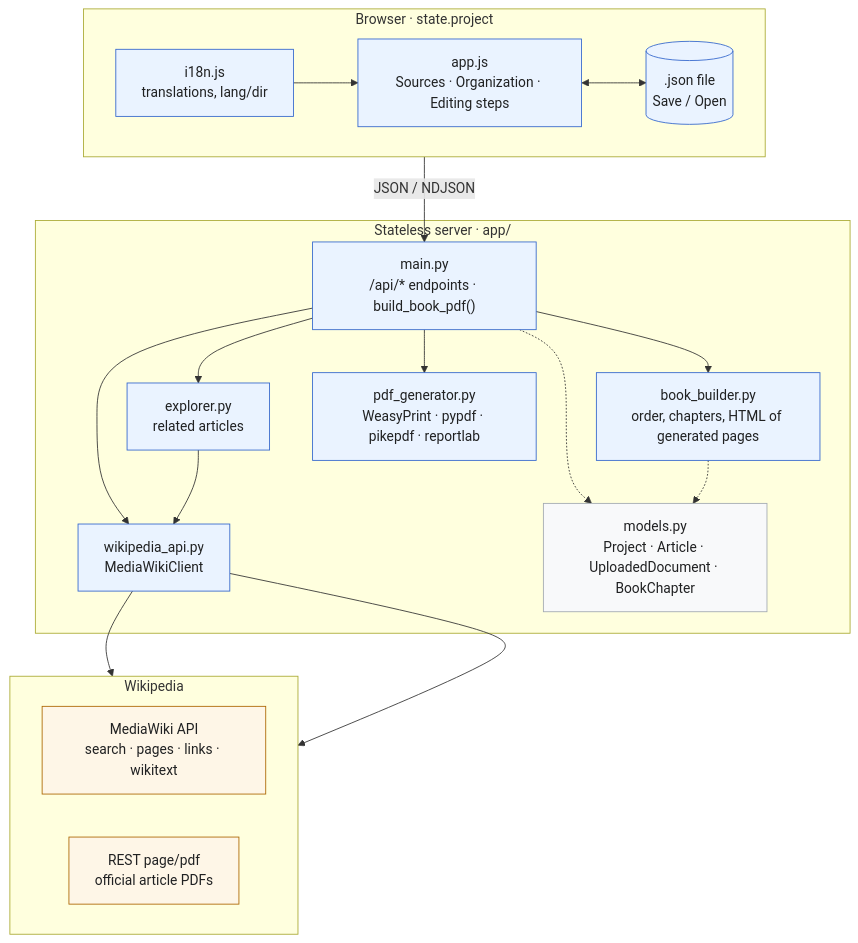
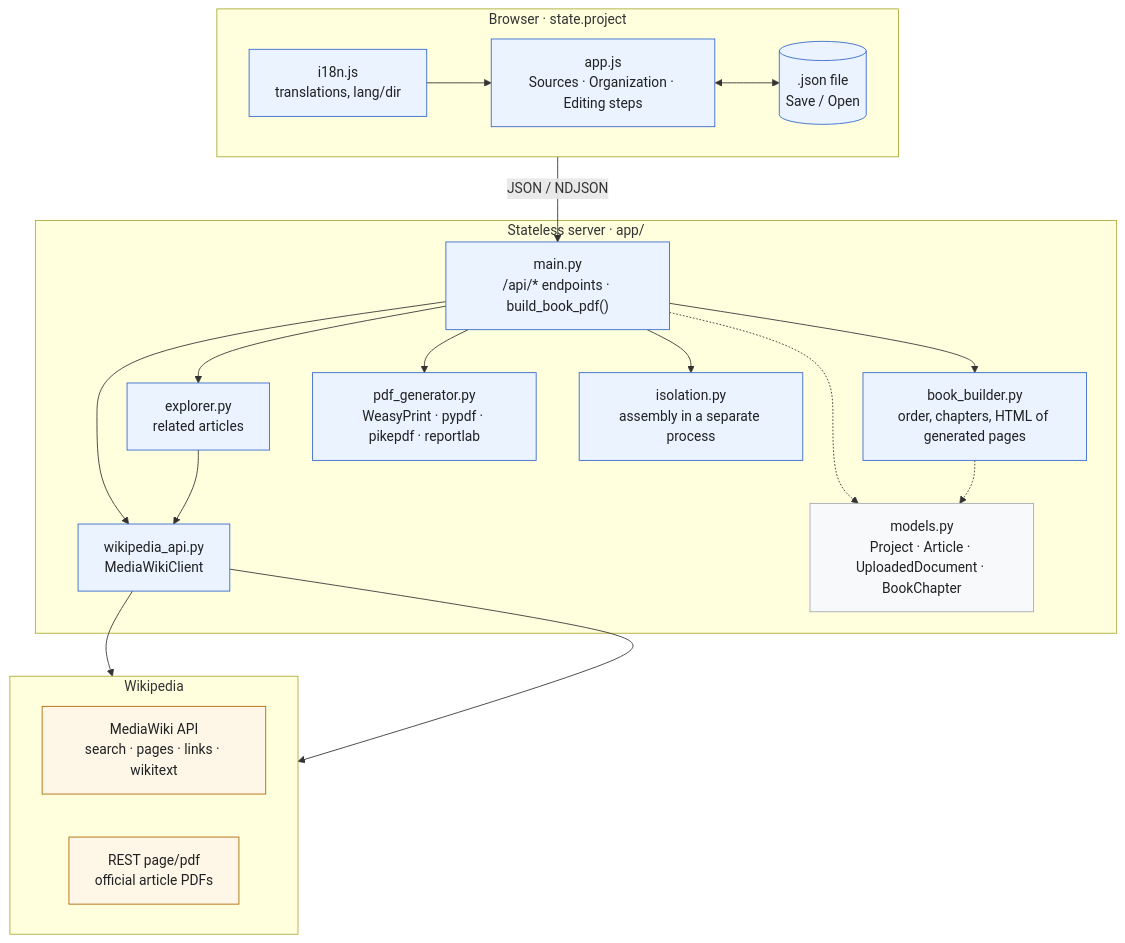
One commit to gmoulard/wikipedia2book changed the first of 2 diagrams in docs/SPECIFICATIONS.en.md. Above: the diagram before and after it, drawn with Mermaid. The commit also changed other lines of this file and 10 other files, not shown here.

````diff
--- a/docs/SPECIFICATIONS.en.md
+++ b/docs/SPECIFICATIONS.en.md
@@ -904,44 +906,46 @@
 ```mermaid
 flowchart TB
     subgraph Browser["Browser · state.project"]
         direction LR
         I18N["i18n.js<br/>translations, lang/dir"]
         APP["app.js<br/>Sources · Organization · Editing steps"]
         FILE[(".json file<br/>Save / Open")]
         I18N --> APP
         APP <--> FILE
     end
 
     subgraph Server["Stateless server · app/"]
         MAIN["main.py<br/>/api/* endpoints · build_book_pdf()"]
         EXPL["explorer.py<br/>related articles"]
         BB["book_builder.py<br/>order, chapters, HTML of generated pages"]
         PDFG["pdf_generator.py<br/>WeasyPrint · pypdf · pikepdf · reportlab"]
         WAPI["wikipedia_api.py<br/>MediaWikiClient"]
         MODELS["models.py<br/>Project · Article · UploadedDocument · BookChapter"]
         MAIN --> EXPL
         MAIN --> BB
+        ISO["isolation.py<br/>assembly in a separate process"]
+        MAIN --> ISO
         MAIN --> PDFG
         MAIN --> WAPI
         EXPL --> WAPI
     end
 
     subgraph Wikipedia["Wikipedia"]
         direction LR
         MW["MediaWiki API<br/>search · pages · links · wikitext"]
         REST["REST page/pdf<br/>official article PDFs"]
     end
 
     APP -- "JSON / NDJSON" --> MAIN
     WAPI --> MW
     WAPI --> REST
     MAIN -.-> MODELS
     BB -.-> MODELS
 
     classDef app fill:#eaf3ff,stroke:#3366cc,color:#202122
     classDef wiki fill:#fef6e7,stroke:#ac6600,color:#202122
     classDef shared fill:#f8f9fa,stroke:#a2a9b1,color:#202122
-    class I18N,APP,FILE,MAIN,EXPL,BB,PDFG,WAPI app
+    class I18N,APP,FILE,MAIN,EXPL,BB,PDFG,WAPI,ISO app
     class MW,REST wiki
     class MODELS shared
 ```
````
